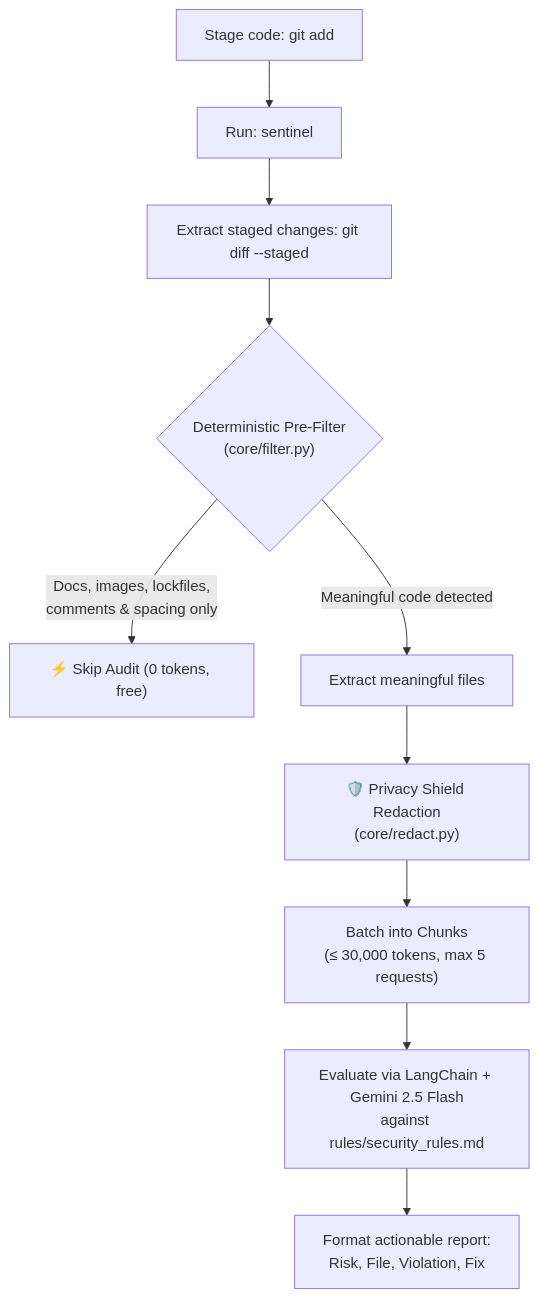
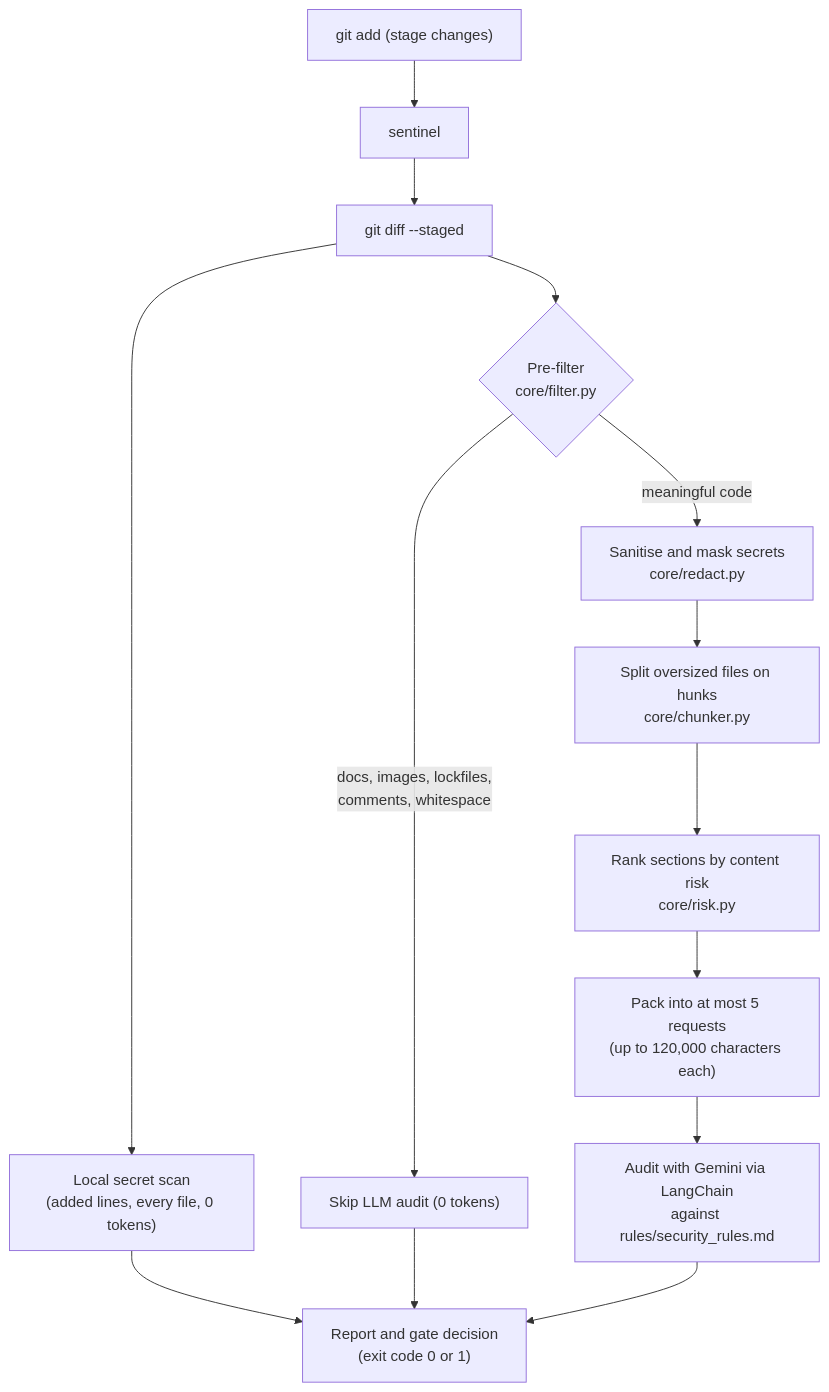
The diagram in README.md (SHREYASHSINGHAI/Sentinel-Code), drawn with Mermaid before and after one commit. The commit also changed other lines of this file, not shown here.

````diff
--- a/README.md
+++ b/README.md
@@ -33,14 +53,16 @@
 ```mermaid
 flowchart TD
-    A["Stage code: git add"] --> B["Run: sentinel"]
-    B --> C["Extract staged changes: git diff --staged"]
-    C --> D{"Deterministic Pre-Filter<br/>(core/filter.py)"}
-    
-    D -- "Docs, images, lockfiles,<br/>comments & spacing only" --> E["⚡ Skip Audit (0 tokens, free)"]
-    
-    D -- "Meaningful code detected" --> F["Extract meaningful files"]
-    F --> G["🛡️ Privacy Shield Redaction<br/>(core/redact.py)"]
-    G --> H["Batch into Chunks<br/>(≤ 30,000 tokens, max 5 requests)"]
-    H --> I["Evaluate via LangChain + Gemini 2.5 Flash<br/>against rules/security_rules.md"]
-    I --> J["Format actionable report:<br/>Risk, File, Violation, Fix"]
+    A["git add (stage changes)"] --> B["sentinel"]
+    B --> C["git diff --staged"]
+    C --> D["Local secret scan<br/>(added lines, every file, 0 tokens)"]
+    C --> E{"Pre-filter<br/>core/filter.py"}
+    E -- "docs, images, lockfiles,<br/>comments, whitespace" --> F["Skip LLM audit (0 tokens)"]
+    E -- "meaningful code" --> G["Sanitise and mask secrets<br/>core/redact.py"]
+    G --> H["Split oversized files on hunks<br/>core/chunker.py"]
+    H --> I["Rank sections by content risk<br/>core/risk.py"]
+    I --> J["Pack into at most 5 requests<br/>(up to 120,000 characters each)"]
+    J --> K["Audit with Gemini via LangChain<br/>against rules/security_rules.md"]
+    D --> L["Report and gate decision<br/>(exit code 0 or 1)"]
+    F --> L
+    K --> L
 ```
````
